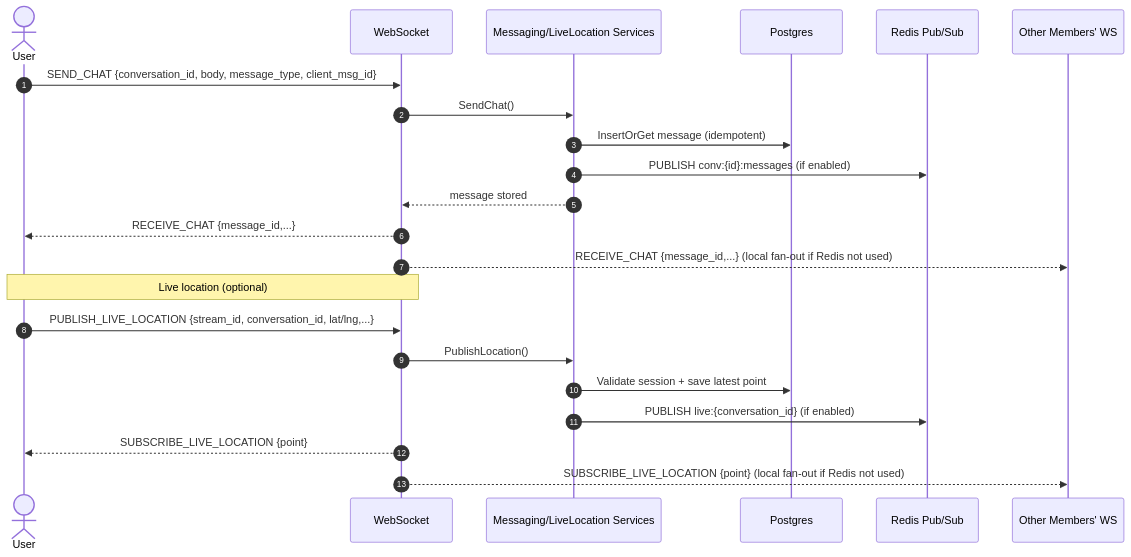
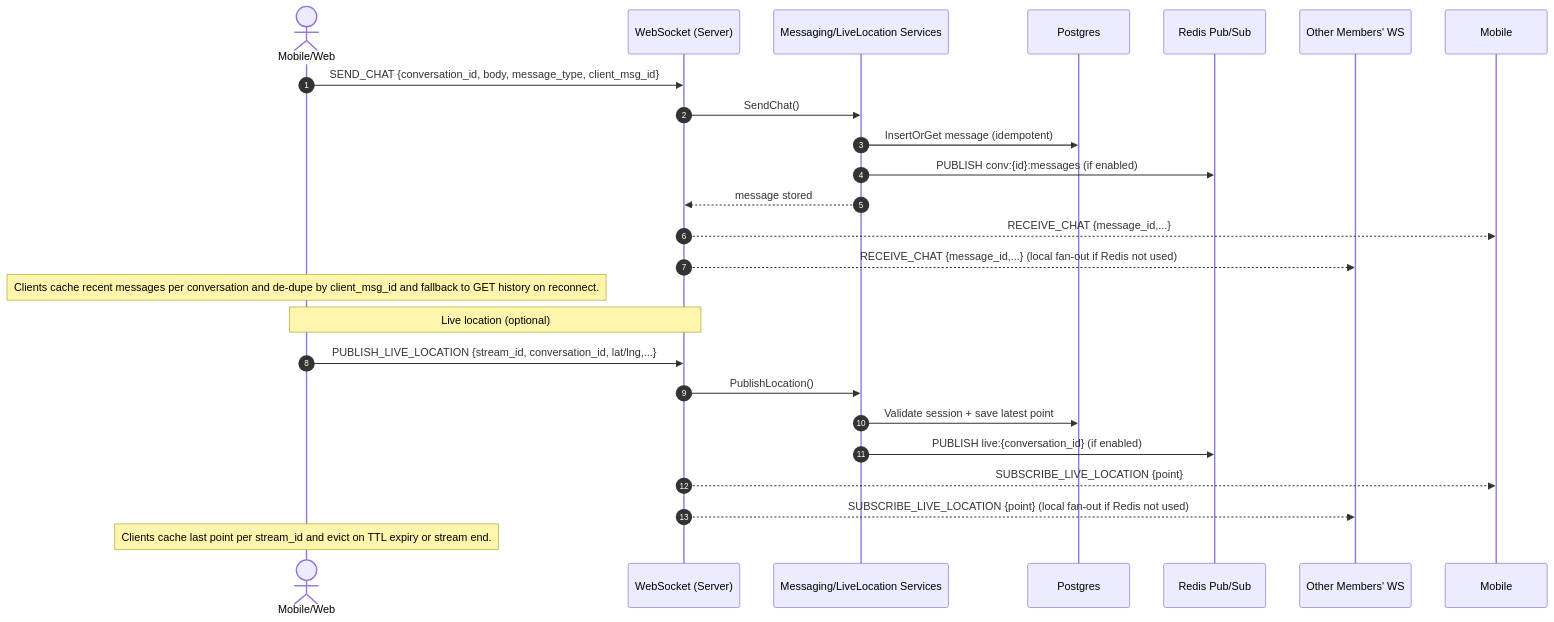
The fourth of 4 diagrams in backend/docs/architecture/end_to_end/README.md (fakhrymubarak/share-location), drawn with Mermaid before and after one commit. The commit also changed other lines of this file, not shown here.

Commit message:
docs: expand e2e sequences with clients and caching

````diff
--- a/backend/docs/architecture/end_to_end/README.md
+++ b/backend/docs/architecture/end_to_end/README.md
@@ -52,26 +56,28 @@
 ```mermaid
 sequenceDiagram
     autonumber
-    actor User
-    participant WS as WebSocket
+    actor Client as Mobile/Web
+    participant WS as WebSocket (Server)
     participant Service as Messaging/LiveLocation Services
     participant DB as Postgres
     participant Redis as Redis Pub/Sub
     participant Other as Other Members' WS
 
-    User->>WS: SEND_CHAT {conversation_id, body, message_type, client_msg_id}
+    Client->>WS: SEND_CHAT {conversation_id, body, message_type, client_msg_id}
     WS->>Service: SendChat()
     Service->>DB: InsertOrGet message (idempotent)
     Service->>Redis: PUBLISH conv:{id}:messages (if enabled)
     Service-->>WS: message stored
-    WS-->>User: RECEIVE_CHAT {message_id,...}
+    WS-->>Mobile: RECEIVE_CHAT {message_id,...}
     WS-->>Other: RECEIVE_CHAT {message_id,...} (local fan-out if Redis not used)
+    Note over Client: Clients cache recent messages per conversation and de-dupe by client_msg_id and fallback to GET history on reconnect.
 
-    Note over User,WS: Live location (optional)
-    User->>WS: PUBLISH_LIVE_LOCATION {stream_id, conversation_id, lat/lng,...}
+    Note over Client,WS: Live location (optional)
+    Client->>WS: PUBLISH_LIVE_LOCATION {stream_id, conversation_id, lat/lng,...}
     WS->>Service: PublishLocation()
     Service->>DB: Validate session + save latest point
     Service->>Redis: PUBLISH live:{conversation_id} (if enabled)
-    WS-->>User: SUBSCRIBE_LIVE_LOCATION {point}
+    WS-->>Mobile: SUBSCRIBE_LIVE_LOCATION {point}
     WS-->>Other: SUBSCRIBE_LIVE_LOCATION {point} (local fan-out if Redis not used)
+    Note over Client: Clients cache last point per stream_id and evict on TTL expiry or stream end.
 ```
````
